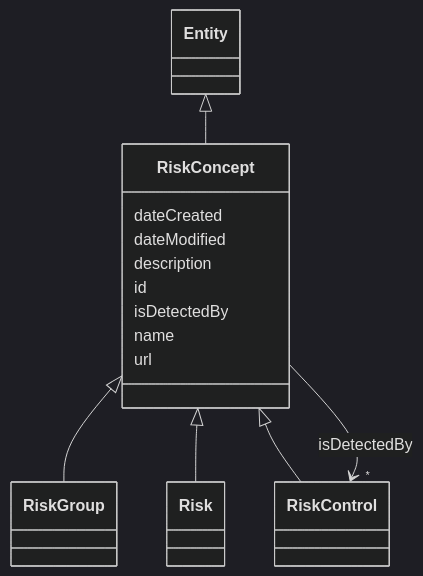
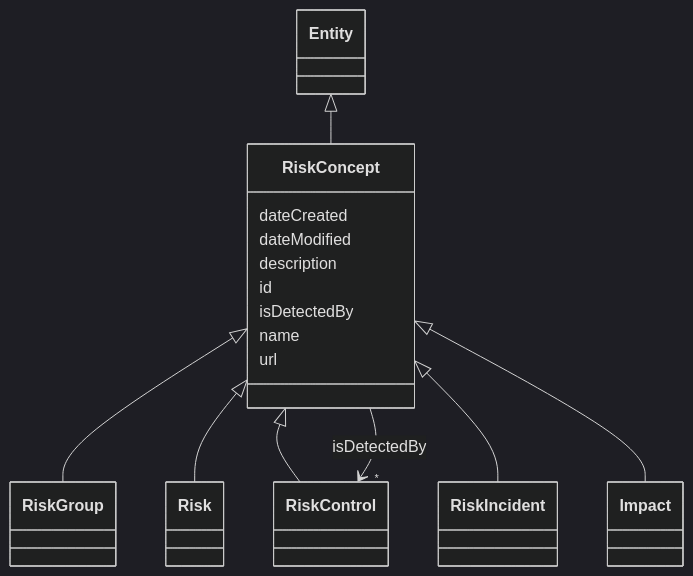
Before and after one commit to zrlfba/risk-atlas-nexus: the diagram in docs/ontology/RiskConcept.md, drawn with Mermaid (dark theme). The commit also changed other lines of this file and 52 other files, not shown here.

Commit message:
feat: add risk incident to schema - doc and graph update

````diff
--- a/docs/ontology/RiskConcept.md
+++ b/docs/ontology/RiskConcept.md
@@ -19,39 +19,43 @@
 ```mermaid
  classDiagram
     class RiskConcept
     click RiskConcept href "../RiskConcept"
       Entity <|-- RiskConcept
         click Entity href "../Entity"
       
 
       RiskConcept <|-- RiskGroup
         click RiskGroup href "../RiskGroup"
       RiskConcept <|-- Risk
         click Risk href "../Risk"
       RiskConcept <|-- RiskControl
         click RiskControl href "../RiskControl"
+      RiskConcept <|-- RiskIncident
+        click RiskIncident href "../RiskIncident"
+      RiskConcept <|-- Impact
+        click Impact href "../Impact"
       
       
       RiskConcept : dateCreated
         
       RiskConcept : dateModified
         
       RiskConcept : description
         
       RiskConcept : id
         
       RiskConcept : isDetectedBy
         
           
     
     
     RiskConcept --> "*" RiskControl : isDetectedBy
     click RiskControl href "../RiskControl"
 
         
       RiskConcept : name
         
       RiskConcept : url
         
       
 ```
````
